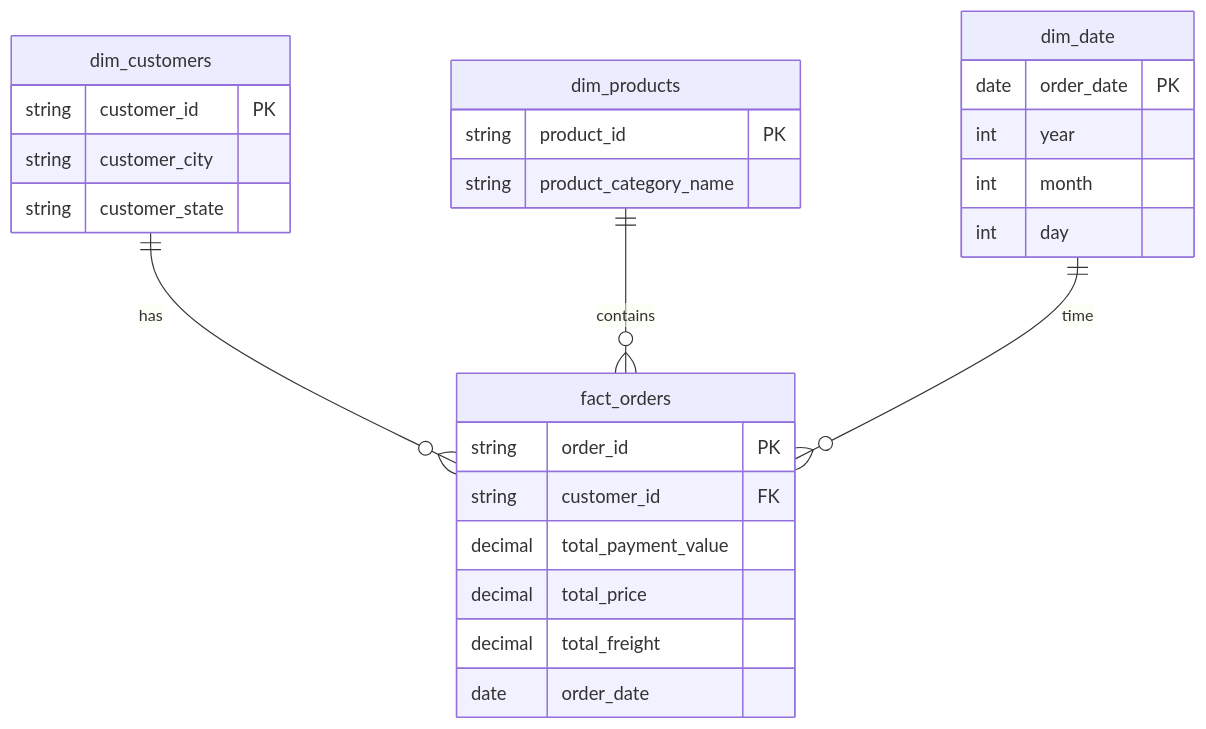
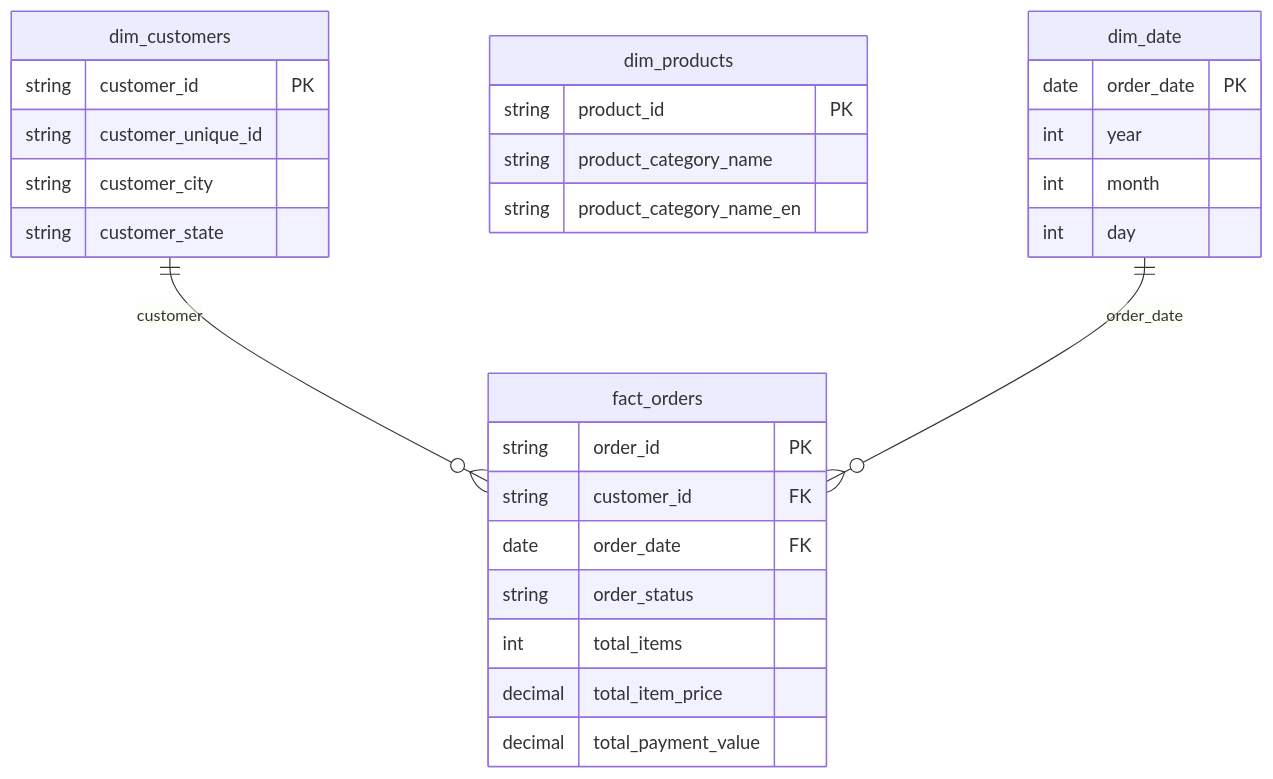
One commit to yourvaiqbal/ecommerce-sql-analysis changed the first of 2 diagrams in README.md. Above: the diagram before and after it, drawn with Mermaid. The commit also changed other lines of this file, not shown here.

````diff
--- a/README.md
+++ b/README.md
@@ -133,34 +133,36 @@
 ```mermaid
 erDiagram
 
     dim_customers {
         string customer_id PK
+        string customer_unique_id
         string customer_city
         string customer_state
     }
 
     dim_products {
         string product_id PK
         string product_category_name
+        string product_category_name_en
     }
 
     dim_date {
         date order_date PK
         int year
         int month
         int day
     }
 
     fact_orders {
         string order_id PK
         string customer_id FK
+        date order_date FK
+        string order_status
+        int total_items
+        decimal total_item_price
         decimal total_payment_value
-        decimal total_price
-        decimal total_freight
-        date order_date
     }
 
-    dim_customers ||--o{ fact_orders : has
-    dim_products ||--o{ fact_orders : contains
-    dim_date ||--o{ fact_orders : time
+    dim_customers ||--o{ fact_orders : customer
+    dim_date ||--o{ fact_orders : order_date
 ```
````
